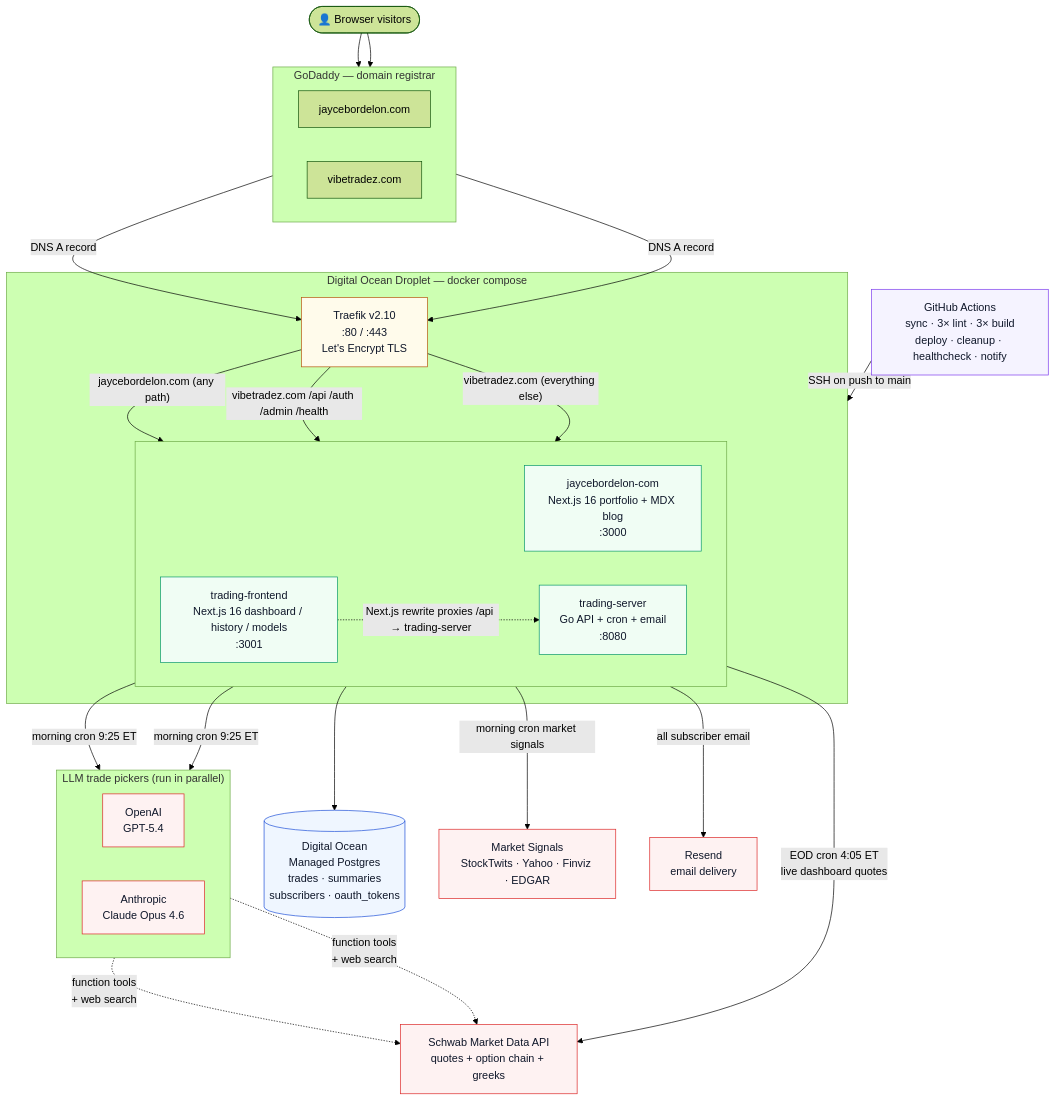
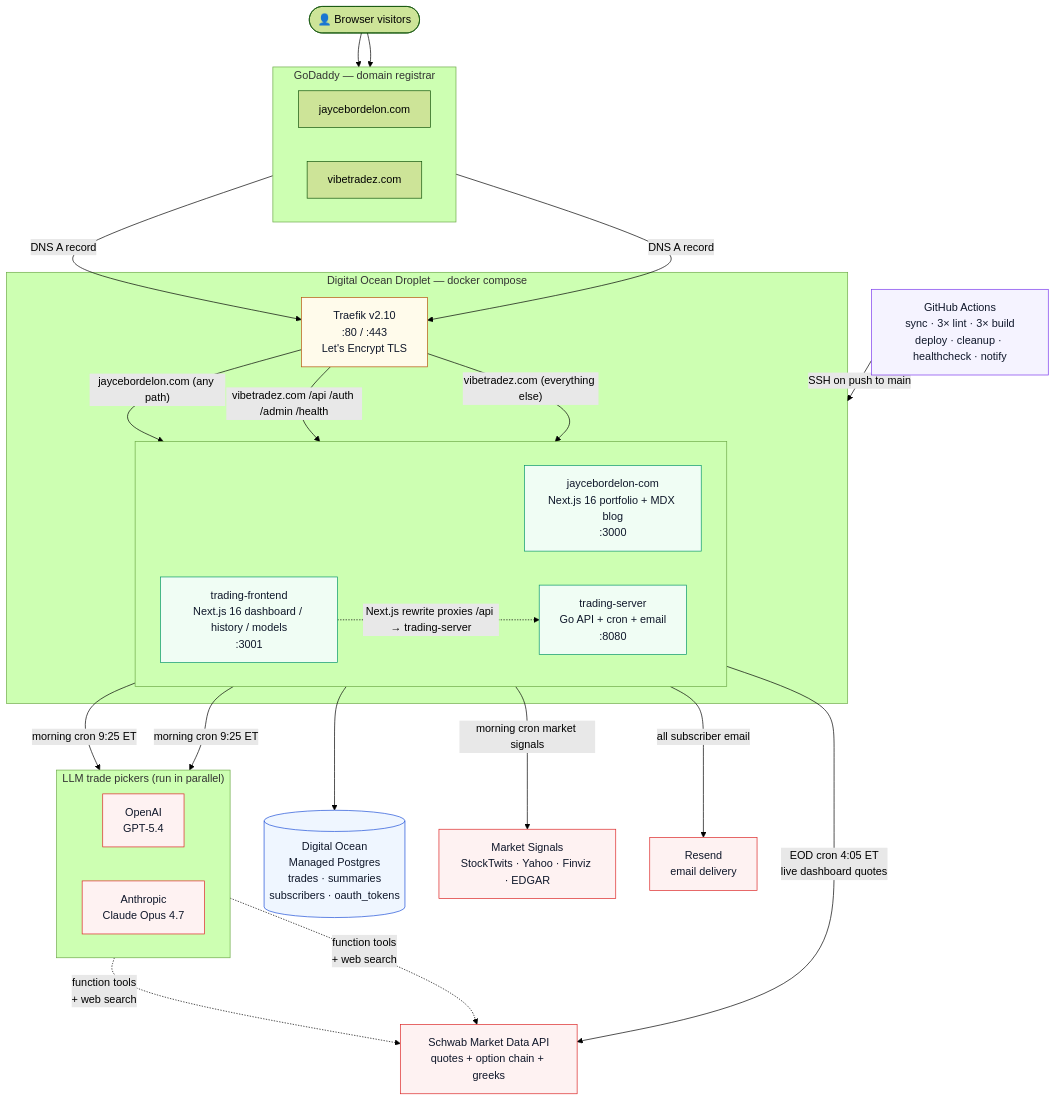
The first of 2 diagrams in README.md (JayceBordelon/jaycestuff), drawn with Mermaid (forest theme) before and after one commit. The commit also changed other lines of this file and 12 other files, not shown here.

First line of the commit message:
Bump Claude default to Opus 4.7

````diff
--- a/README.md
+++ b/README.md
@@ -7,63 +7,63 @@
 ```mermaid
 flowchart TB
     classDef external fill:#fef2f2,stroke:#dc2626,color:#0f172a
     classDef droplet fill:#f0fdf4,stroke:#059669,color:#0f172a
     classDef ci fill:#f5f3ff,stroke:#7c3aed,color:#0f172a
     classDef data fill:#eff6ff,stroke:#1d4ed8,color:#0f172a
     classDef edge fill:#fffbeb,stroke:#b45309,color:#0f172a
 
     User(["👤 Browser visitors"])
 
     subgraph DNS["GoDaddy — domain registrar"]
       direction LR
       D1["jaycebordelon.com"]
       D2["vibetradez.com"]
     end
 
     subgraph Droplet["Digital Ocean Droplet — docker compose"]
       Traefik["Traefik v2.10<br/>:80 / :443<br/>Let's Encrypt TLS"]:::edge
 
       subgraph Apps[" "]
         direction LR
         JBC["jaycebordelon-com<br/>Next.js 16 portfolio + MDX blog<br/>:3000"]:::droplet
         TF["trading-frontend<br/>Next.js 16 dashboard / history / models<br/>:3001"]:::droplet
         TS["trading-server<br/>Go API + cron + email<br/>:8080"]:::droplet
       end
 
       Traefik -- "jaycebordelon.com (any path)" --> JBC
       Traefik -- "vibetradez.com /api /auth /admin /health" --> TS
       Traefik -- "vibetradez.com (everything else)" --> TF
       TF -. "Next.js rewrite proxies /api → trading-server" .-> TS
     end
 
     DB[("Digital Ocean<br/>Managed Postgres<br/>trades · summaries<br/>subscribers · oauth_tokens")]:::data
 
     subgraph Pickers["LLM trade pickers (run in parallel)"]
       direction LR
       OAI["OpenAI<br/>GPT-5.4"]:::external
-      ANT["Anthropic<br/>Claude Opus 4.6"]:::external
+      ANT["Anthropic<br/>Claude Opus 4.7"]:::external
     end
 
     Schwab["Schwab Market Data API<br/>quotes + option chain + greeks"]:::external
     Signals["Market Signals<br/>StockTwits · Yahoo · Finviz · EDGAR"]:::external
     Resend["Resend<br/>email delivery"]:::external
 
     GH["GitHub Actions<br/>sync · 3× lint · 3× build<br/>deploy · cleanup · healthcheck · notify"]:::ci
 
     User --> D1
     User --> D2
     D1 -- "DNS A record" --> Traefik
     D2 -- "DNS A record" --> Traefik
 
     TS --> DB
     TS -- "morning cron 9:25 ET" --> OAI
     TS -- "morning cron 9:25 ET" --> ANT
     TS -- "EOD cron 4:05 ET<br/>live dashboard quotes" --> Schwab
     TS -- "morning cron market signals" --> Signals
     TS -- "all subscriber email" --> Resend
 
     OAI -. "function tools<br/>+ web search" .-> Schwab
     ANT -. "function tools<br/>+ web search" .-> Schwab
 
     GH -- "SSH on push to main" --> Droplet
 ```
````
